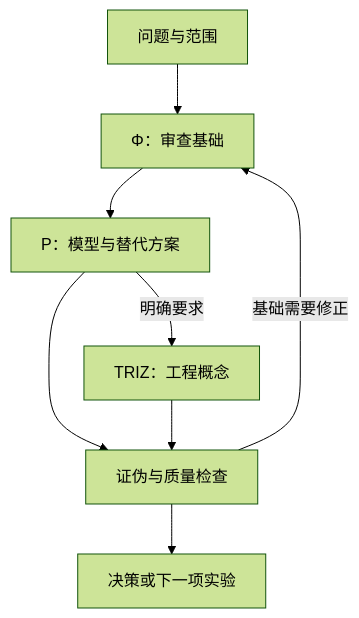
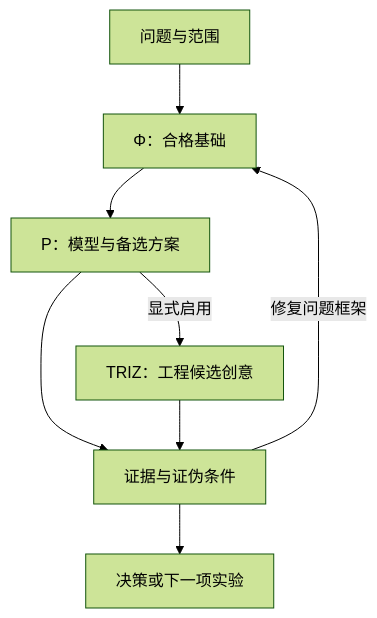
One commit to SUNHAOJUN22/OpenDeepMind_skill changed the diagram in README.zh-CN.md. Above: the diagram before and after it, drawn with Mermaid (forest theme). The commit also changed other lines of this file and 8 other files, not shown here.

````diff
--- a/README.zh-CN.md
+++ b/README.zh-CN.md
@@ -30,10 +30,10 @@
 ```mermaid
 flowchart TD
-  Q["问题与范围"] --> F["Φ：审查基础"]
-  F --> P["P：模型与替代方案"]
-  P --> V["证伪与质量检查"]
+  Q["问题与范围"] --> F["Φ：合格基础"]
+  F --> P["P：模型与备选方案"]
+  P --> V["证据与证伪条件"]
   V --> D["决策或下一项实验"]
-  V -->|"基础需要修正"| F
-  P -->|"明确要求"| T["TRIZ：工程概念"]
+  V -->|"修复问题框架"| F
+  P -->|"显式启用"| T["TRIZ：工程候选创意"]
   T --> V
 ```
````
